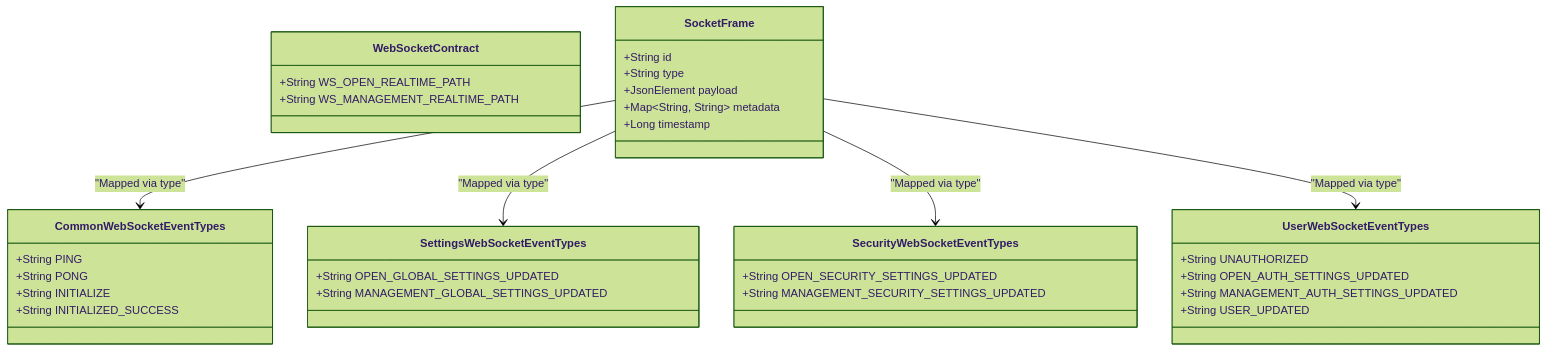
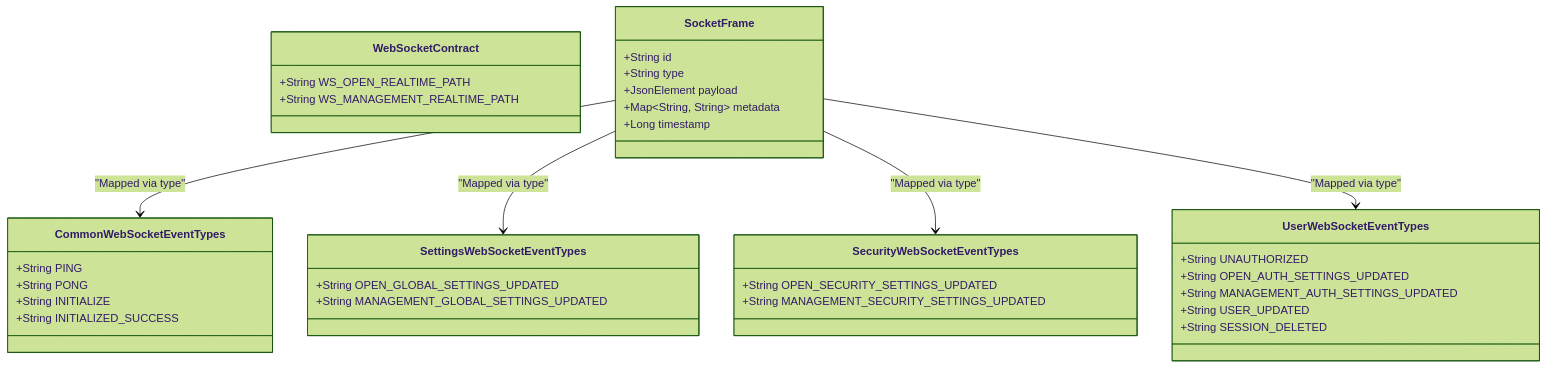
Before and after one commit to mudrichenkoevgeny/shared-foundation: the third of 6 diagrams in ARCHITECTURE.md, drawn with Mermaid (forest theme). The commit also changed other lines of this file and 12 other files, not shown here.

Commit message:
docs: update architecture docs and optimize GitHub Actions

````diff
--- a/ARCHITECTURE.md
+++ b/ARCHITECTURE.md
@@ -136,44 +146,45 @@
 ```mermaid
 classDiagram
     class WebSocketContract {
         +String WS_OPEN_REALTIME_PATH
         +String WS_MANAGEMENT_REALTIME_PATH
     }
 
     class SocketFrame {
         +String id
         +String type
         +JsonElement payload
         +Map~String, String~ metadata
         +Long timestamp
     }
     
     class CommonWebSocketEventTypes {
         +String PING
         +String PONG
         +String INITIALIZE
         +String INITIALIZED_SUCCESS
     }
     
     class SettingsWebSocketEventTypes {
         +String OPEN_GLOBAL_SETTINGS_UPDATED
         +String MANAGEMENT_GLOBAL_SETTINGS_UPDATED
     }
     
     class SecurityWebSocketEventTypes {
         +String OPEN_SECURITY_SETTINGS_UPDATED
         +String MANAGEMENT_SECURITY_SETTINGS_UPDATED
     }
     
     class UserWebSocketEventTypes {
         +String UNAUTHORIZED
         +String OPEN_AUTH_SETTINGS_UPDATED
         +String MANAGEMENT_AUTH_SETTINGS_UPDATED
         +String USER_UPDATED
+        +String SESSION_DELETED
     }
     
     SocketFrame --> CommonWebSocketEventTypes : "Mapped via type"
     SocketFrame --> SettingsWebSocketEventTypes : "Mapped via type"
     SocketFrame --> SecurityWebSocketEventTypes : "Mapped via type"
     SocketFrame --> UserWebSocketEventTypes : "Mapped via type"
 ```
````
